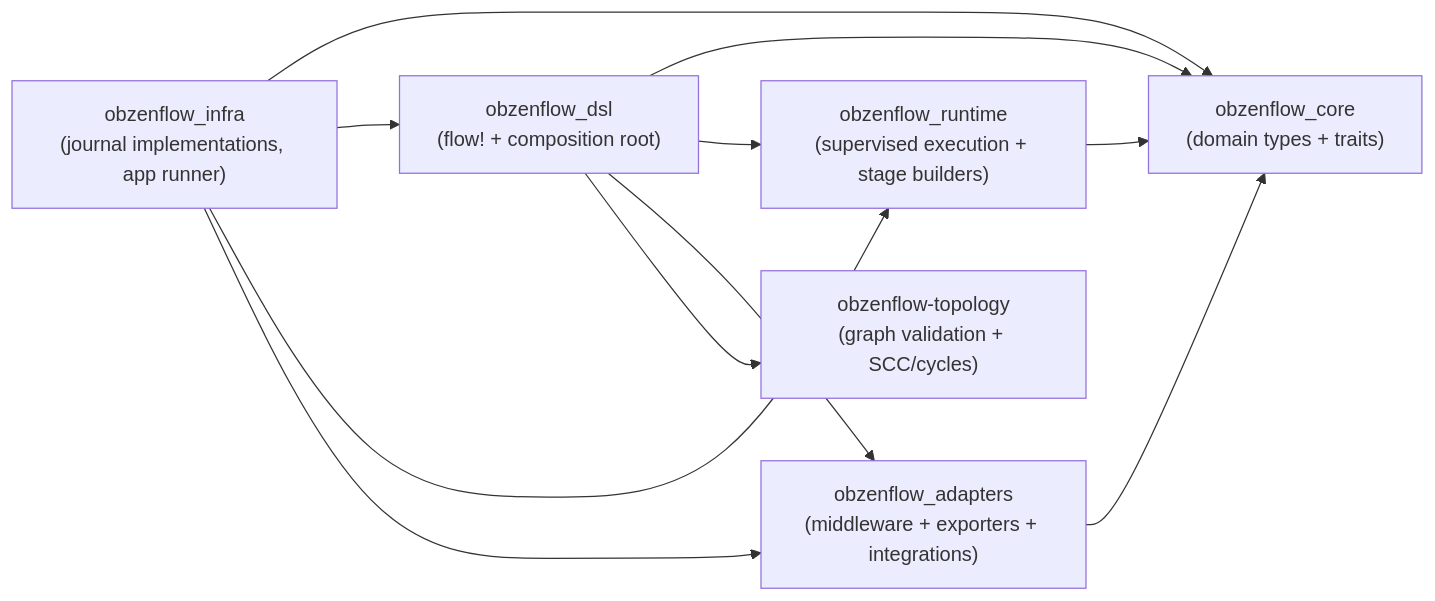
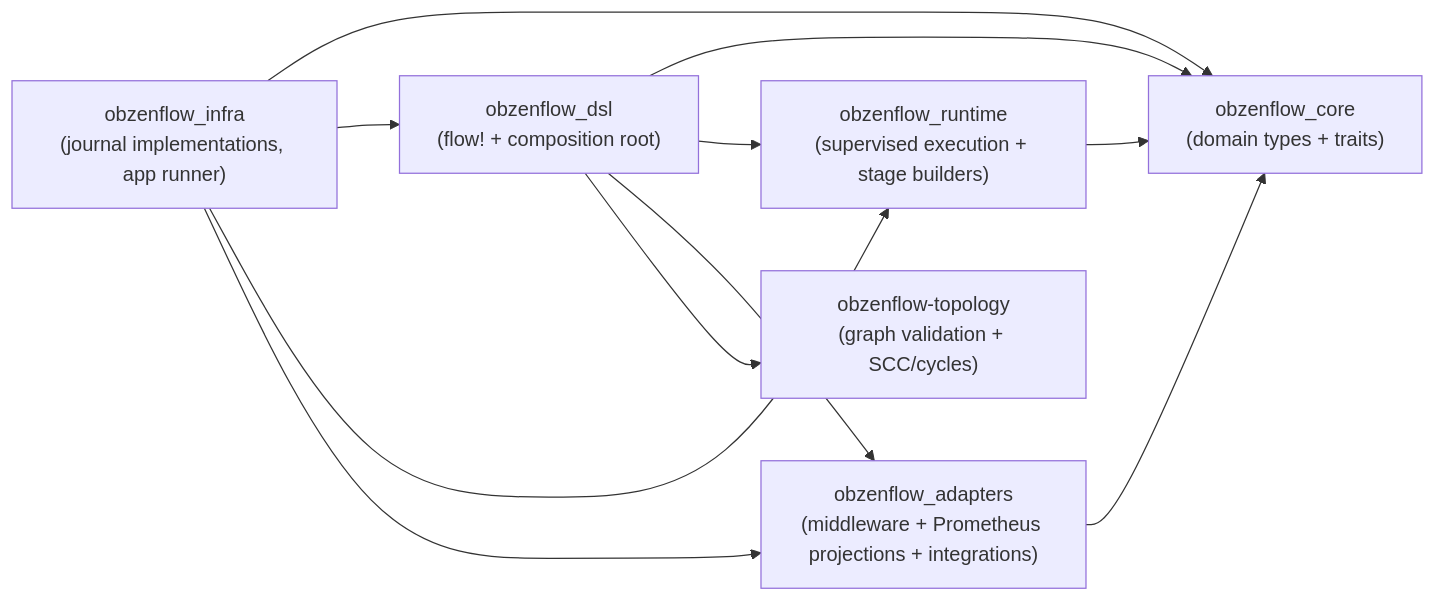
The first of 2 diagrams in crates/obzenflow_dsl/src/dsl/README.md (ObzenFlow/obzenflow), drawn with Mermaid before and after one commit. The commit also changed 102 other files, not shown here.

First line of the commit message:
FLOWIP-140h: Metrics reporting ownership (#106)

````diff
--- a/crates/obzenflow_dsl/src/dsl/README.md
+++ b/crates/obzenflow_dsl/src/dsl/README.md
@@ -7,22 +7,22 @@
 ```mermaid
 flowchart LR
   Core["obzenflow_core<br/>(domain types + traits)"]
   Runtime["obzenflow_runtime<br/>(supervised execution + stage builders)"]
-  Adapters["obzenflow_adapters<br/>(middleware + exporters + integrations)"]
+  Adapters["obzenflow_adapters<br/>(middleware + Prometheus projections + integrations)"]
   DSL["obzenflow_dsl<br/>(flow! + composition root)"]
   Infra["obzenflow_infra<br/>(journal implementations, app runner)"]
   Topology["obzenflow-topology<br/>(graph validation + SCC/cycles)"]
 
   Runtime --> Core
   Adapters --> Core
   Infra --> Core
   DSL --> Core
 
   DSL --> Runtime
   DSL --> Adapters
   DSL --> Topology
 
   Infra --> DSL
   Infra --> Runtime
   Infra --> Adapters
 ```
````
